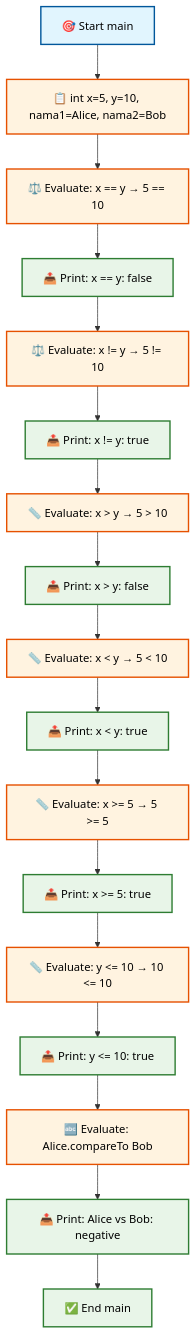
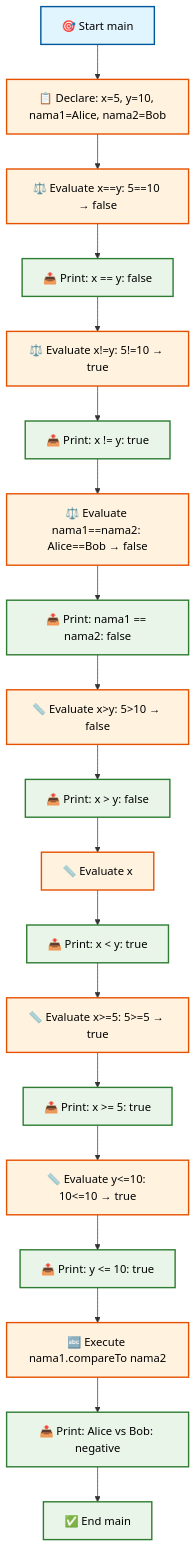
One commit to antonprafanto/flutter changed the second of 15 diagrams in minggu2.md. Above: the diagram before and after it, drawn with Mermaid. The commit also changed other lines of this file, not shown here.

````diff
--- a/minggu2.md
+++ b/minggu2.md
@@ -116,37 +116,41 @@
 ```mermaid
 flowchart TD
-    A[🎯 Start main] --> B[📋 int x=5, y=10, nama1=Alice, nama2=Bob]
-    B --> C[⚖️ Evaluate: x == y → 5 == 10]
+    A[🎯 Start main] --> B[📋 Declare: x=5, y=10, nama1=Alice, nama2=Bob]
+    B --> C[⚖️ Evaluate x==y: 5==10 → false]
     C --> D[📤 Print: x == y: false]
-    D --> E[⚖️ Evaluate: x != y → 5 != 10]
+    D --> E[⚖️ Evaluate x!=y: 5!=10 → true]
     E --> F[📤 Print: x != y: true]
-    F --> G[📏 Evaluate: x > y → 5 > 10]
-    G --> H[📤 Print: x > y: false]
-    H --> I[📏 Evaluate: x < y → 5 < 10]
-    I --> J[📤 Print: x < y: true]
-    J --> K[📏 Evaluate: x >= 5 → 5 >= 5]
-    K --> L[📤 Print: x >= 5: true]
-    L --> M[📏 Evaluate: y <= 10 → 10 <= 10]
-    M --> N[📤 Print: y <= 10: true]
-    N --> O[🔤 Evaluate: Alice.compareTo Bob]
-    O --> P[📤 Print: Alice vs Bob: negative]
-    P --> Q[✅ End main]
+    F --> G[⚖️ Evaluate nama1==nama2: Alice==Bob → false]
+    G --> H[📤 Print: nama1 == nama2: false]
+    H --> I[📏 Evaluate x>y: 5>10 → false]
+    I --> J[📤 Print: x > y: false]
+    J --> K[📏 Evaluate x<y: 5<10 → true]
+    K --> L[📤 Print: x < y: true]
+    L --> M[📏 Evaluate x>=5: 5>=5 → true]
+    M --> N[📤 Print: x >= 5: true]
+    N --> O[📏 Evaluate y<=10: 10<=10 → true]
+    O --> P[📤 Print: y <= 10: true]
+    P --> Q[🔤 Execute nama1.compareTo nama2]
+    Q --> R[📤 Print: Alice vs Bob: negative]
+    R --> S[✅ End main]
     
     style A fill:#e1f5fe,stroke:#01579b,stroke-width:2px,color:#000
     style B fill:#fff3e0,stroke:#e65100,stroke-width:2px,color:#000
     style C fill:#fff3e0,stroke:#e65100,stroke-width:2px,color:#000
     style D fill:#e8f5e8,stroke:#2e7d32,stroke-width:2px,color:#000
     style E fill:#fff3e0,stroke:#e65100,stroke-width:2px,color:#000
     style F fill:#e8f5e8,stroke:#2e7d32,stroke-width:2px,color:#000
     style G fill:#fff3e0,stroke:#e65100,stroke-width:2px,color:#000
     style H fill:#e8f5e8,stroke:#2e7d32,stroke-width:2px,color:#000
     style I fill:#fff3e0,stroke:#e65100,stroke-width:2px,color:#000
     style J fill:#e8f5e8,stroke:#2e7d32,stroke-width:2px,color:#000
     style K fill:#fff3e0,stroke:#e65100,stroke-width:2px,color:#000
     style L fill:#e8f5e8,stroke:#2e7d32,stroke-width:2px,color:#000
     style M fill:#fff3e0,stroke:#e65100,stroke-width:2px,color:#000
     style N fill:#e8f5e8,stroke:#2e7d32,stroke-width:2px,color:#000
     style O fill:#fff3e0,stroke:#e65100,stroke-width:2px,color:#000
     style P fill:#e8f5e8,stroke:#2e7d32,stroke-width:2px,color:#000
-    style Q fill:#e8f5e8,stroke:#2e7d32,stroke-width:2px,color:#000
+    style Q fill:#fff3e0,stroke:#e65100,stroke-width:2px,color:#000
+    style R fill:#e8f5e8,stroke:#2e7d32,stroke-width:2px,color:#000
+    style S fill:#e8f5e8,stroke:#2e7d32,stroke-width:2px,color:#000
 ```
````
